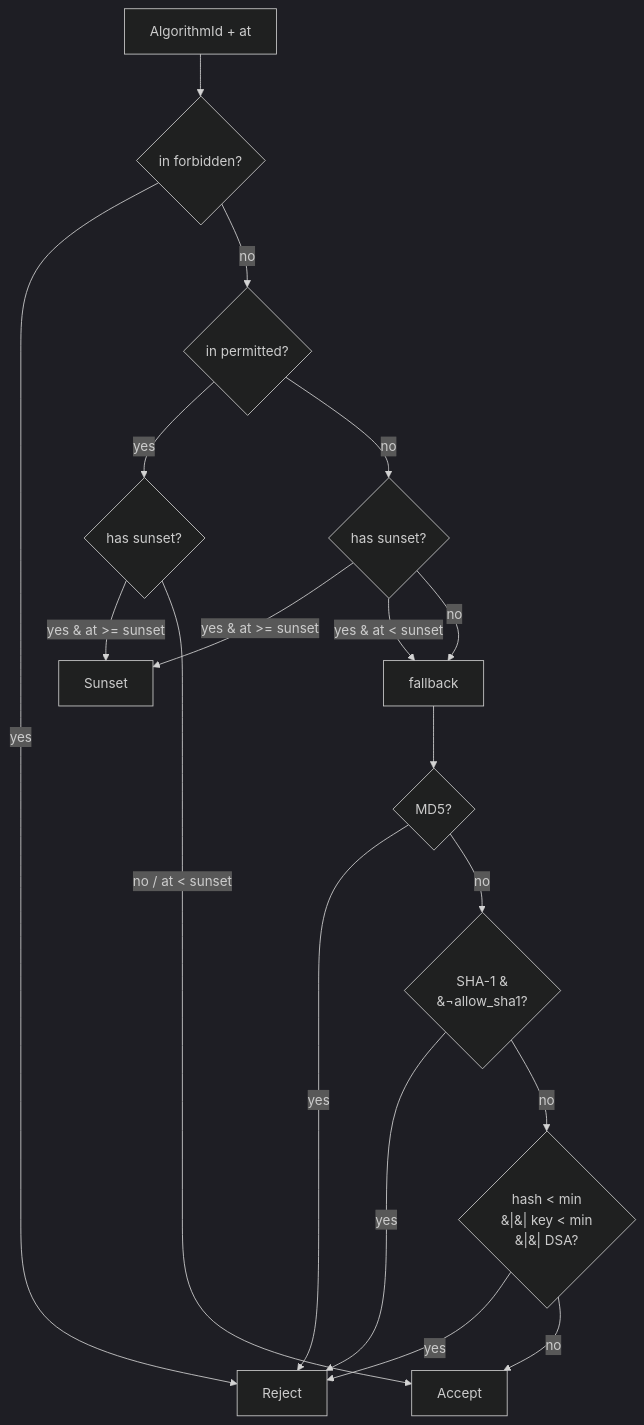
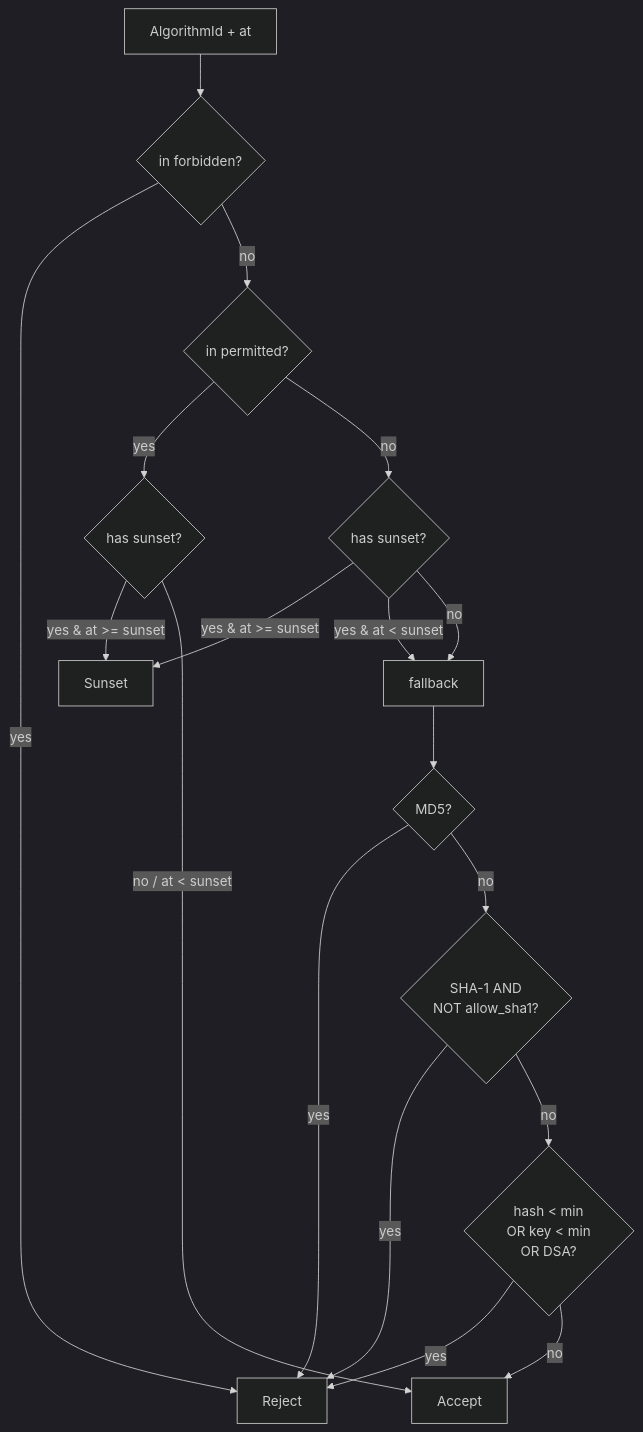
Before and after one commit to gsguglielmo/eidas-verify: the fourth of 5 diagrams in docs/04-types.md, drawn with Mermaid (dark theme). The commit also changed other lines of this file and 61 other files, not shown here.

````diff
--- a/docs/04-types.md
+++ b/docs/04-types.md
@@ -168,20 +168,20 @@
 ```mermaid
 flowchart TB
     alg[AlgorithmId + at] --> f{in forbidden?}
     f -- yes --> rej[Reject]
     f -- no --> p{in permitted?}
     p -- yes --> ps{has sunset?}
     ps -- yes & at >= sunset --> sun[Sunset]
     ps -- no / at < sunset --> acc[Accept]
     p -- no --> sf{has sunset?}
     sf -- yes & at >= sunset --> sun
     sf -- yes & at < sunset --> fb[fallback]
     sf -- no --> fb
     fb --> md5{MD5?}
     md5 -- yes --> rej
-    md5 -- no --> sha1{SHA-1 &<br/>&#172;allow_sha1?}
+    md5 -- no --> sha1{SHA-1 AND<br/>NOT allow_sha1?}
     sha1 -- yes --> rej
-    sha1 -- no --> size{hash &lt; min<br/>&#124;&#124; key &lt; min<br/>&#124;&#124; DSA?}
+    sha1 -- no --> size{hash #lt; min<br/>OR key #lt; min<br/>OR DSA?}
     size -- yes --> rej
     size -- no --> acc
 ```
````
